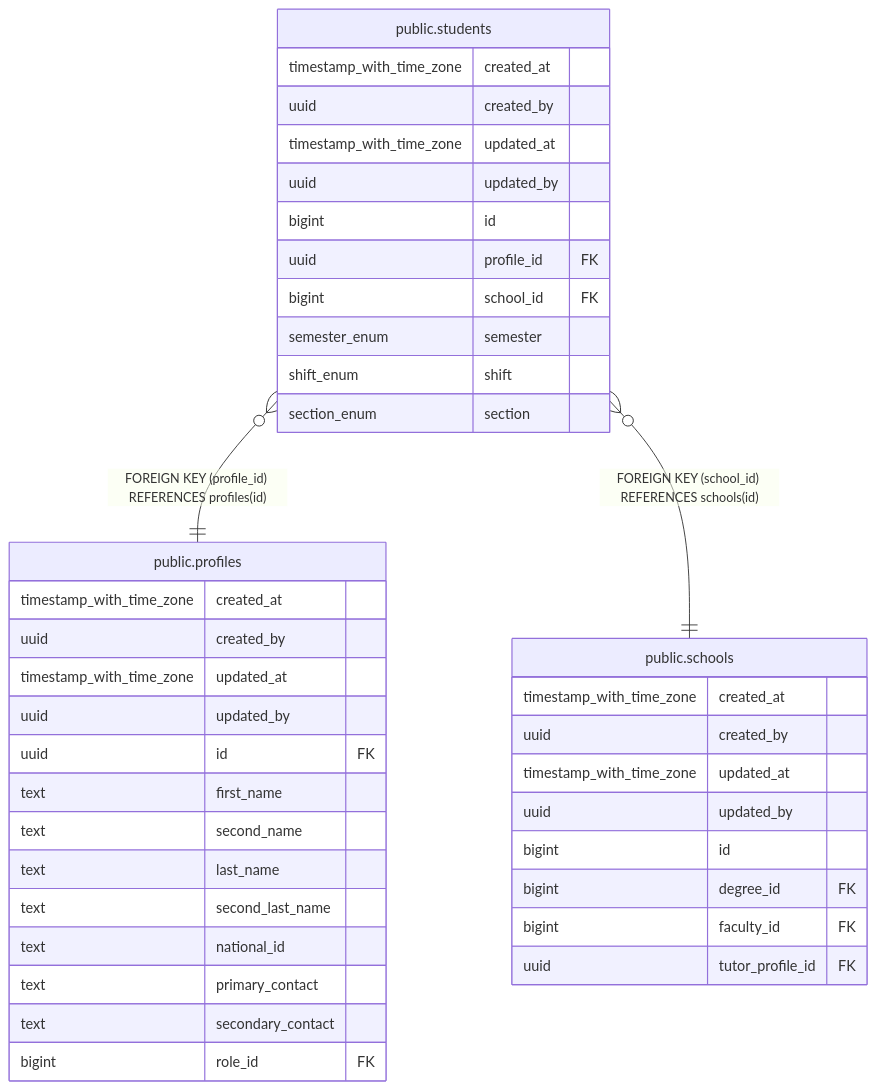
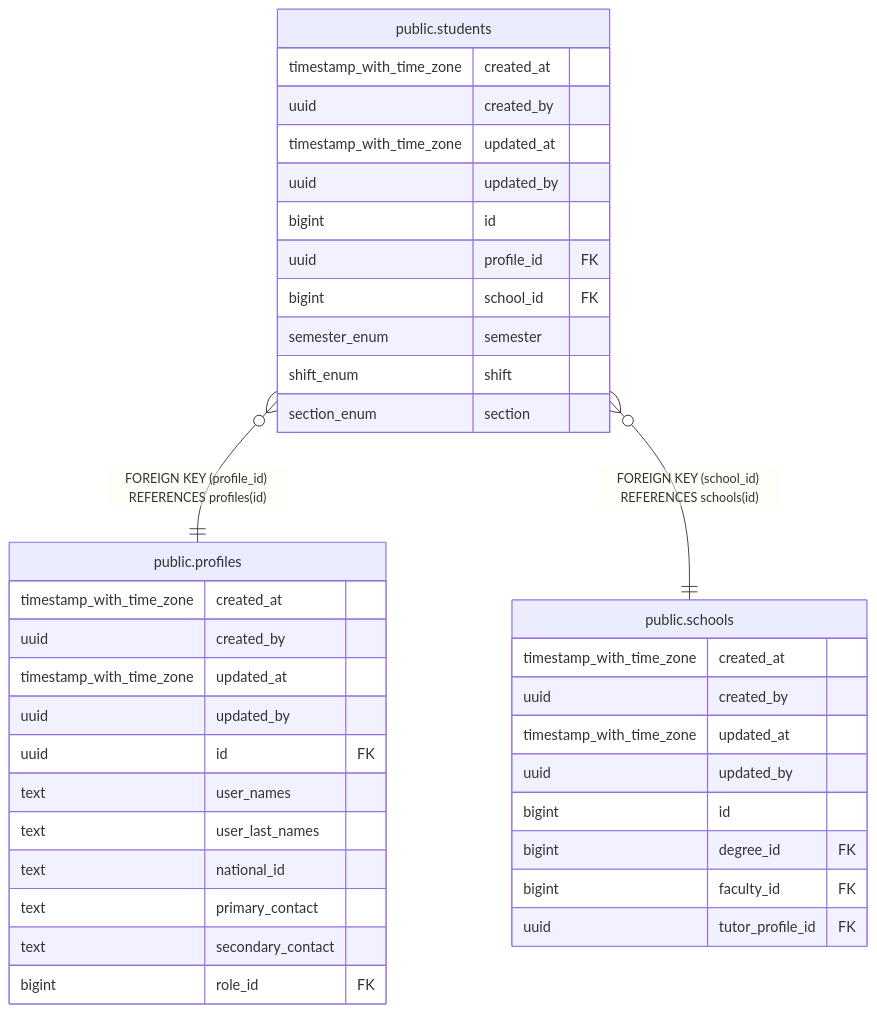
Before and after one commit to icristianhernandez/academic-service-backend: the diagram in docs/db/tbls/public.students.md, drawn with Mermaid. The commit also changed 17 other files, not shown here.

First line of the commit message:
chore: unify profile name fields to user_names and user_last_names

````diff
--- a/docs/db/tbls/public.students.md
+++ b/docs/db/tbls/public.students.md
@@ -43,44 +43,42 @@
 ```mermaid
 erDiagram
 
 "public.students" }o--|| "public.profiles" : "FOREIGN KEY (profile_id) REFERENCES profiles(id)"
 "public.students" }o--|| "public.schools" : "FOREIGN KEY (school_id) REFERENCES schools(id)"
 
 "public.students" {
   timestamp_with_time_zone created_at ""
   uuid created_by ""
   timestamp_with_time_zone updated_at ""
   uuid updated_by ""
   bigint id ""
   uuid profile_id FK ""
   bigint school_id FK ""
   semester_enum semester ""
   shift_enum shift ""
   section_enum section ""
 }
 "public.profiles" {
   timestamp_with_time_zone created_at ""
   uuid created_by ""
   timestamp_with_time_zone updated_at ""
   uuid updated_by ""
   uuid id FK ""
-  text first_name ""
-  text second_name ""
-  text last_name ""
-  text second_last_name ""
+  text user_names ""
+  text user_last_names ""
   text national_id ""
   text primary_contact ""
   text secondary_contact ""
   bigint role_id FK ""
 }
 "public.schools" {
   timestamp_with_time_zone created_at ""
   uuid created_by ""
   timestamp_with_time_zone updated_at ""
   uuid updated_by ""
   bigint id ""
   bigint degree_id FK ""
   bigint faculty_id FK ""
   uuid tutor_profile_id FK ""
 }
 ```
````
